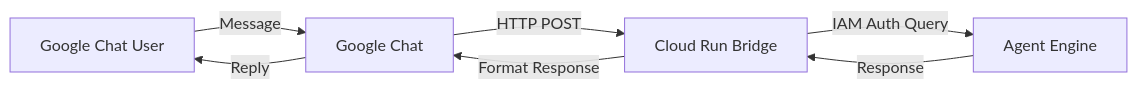
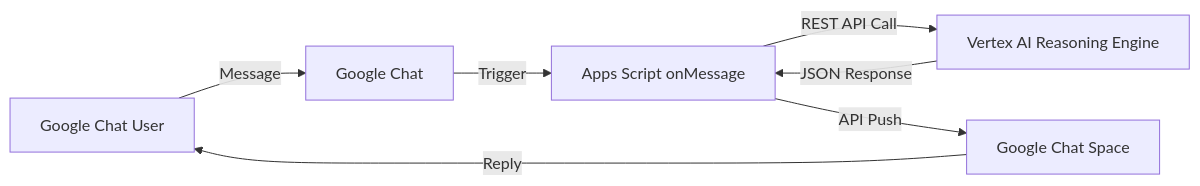
Before and after one commit to gvarelal/gartner_20260414: the diagram in chat_integration/spec.md, drawn with Mermaid. The commit also changed other lines of this file and 5 other files, not shown here.

````diff
--- a/chat_integration/spec.md
+++ b/chat_integration/spec.md
@@ -22,9 +16,9 @@
 ```mermaid
 graph LR
     User[Google Chat User] -->|Message| GC[Google Chat]
-    GC -->|HTTP POST| CR[Cloud Run Bridge]
-    CR -->|IAM Auth Query| AE[Agent Engine]
-    AE -->|Response| CR
-    CR -->|Format Response| GC
-    GC -->|Reply| User
+    GC -->|Trigger| AS[Apps Script onMessage]
+    AS -->|REST API Call| AE[Vertex AI Reasoning Engine]
+    AE -->|JSON Response| AS
+    AS -->|API Push| GC_Space[Google Chat Space]
+    GC_Space -->|Reply| User
 ```
````
